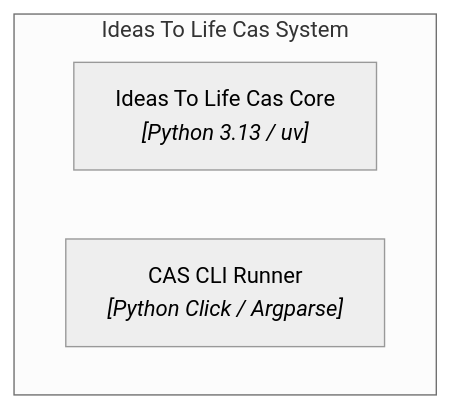
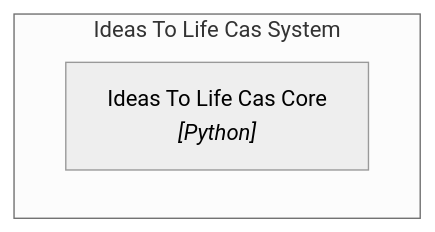
One commit to cas-governance-portal/cas-governance-portal.github.io changed the diagram in projects/ideas-to-life-cas/architecture-state/diagrams/containers.mmd. Above: the diagram before and after it, drawn with Mermaid (neutral theme). The commit also changed 27 other files, not shown here.

Commit message:
deploy: ideas-to-life/ideas-to-life-cas@40c85f0007d7d2e58be83b56023e61142b306db9

```diff
--- a/projects/ideas-to-life-cas/architecture-state/diagrams/containers.mmd
+++ b/projects/ideas-to-life-cas/architecture-state/diagrams/containers.mmd
@@ -1,5 +1,4 @@
 flowchart TD
     subgraph Boundary["Ideas To Life Cas System"]
-        ideas_to_life_cas_core["Ideas To Life Cas Core<br/><i>[Python 3.13 / uv]</i>"]
-        ideas_to_life_cas_cli["CAS CLI Runner<br/><i>[Python Click / Argparse]</i>"]
+        ideas_to_life_cas_core["Ideas To Life Cas Core<br/><i>[Python]</i>"]
     end
```
